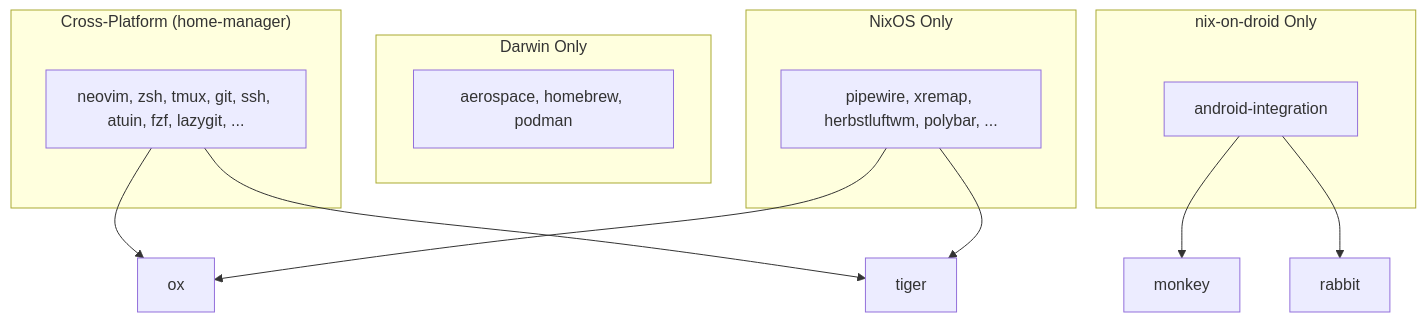
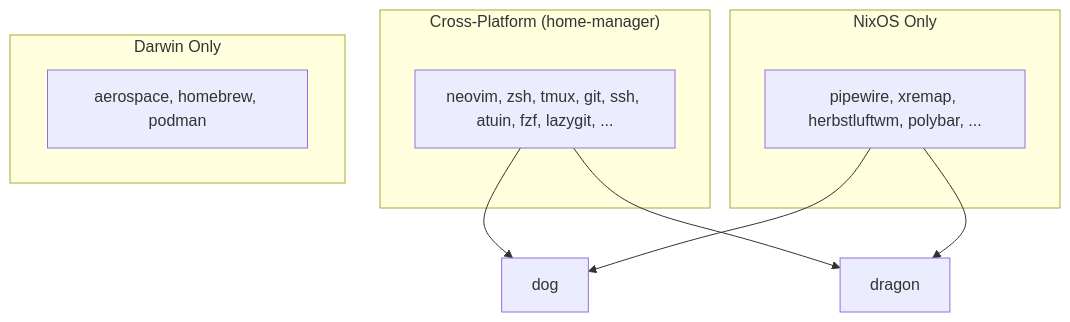
One commit to idjoo/dotfiles changed the tenth of 14 diagrams in docs/ARCHITECTURE.md. Above: the diagram before and after it, drawn with Mermaid. The commit also changed other lines of this file and 3 other files, not shown here.

First line of the commit message:
docs: 📝 document dog and dragon as the only hosts

````diff
--- a/docs/ARCHITECTURE.md
+++ b/docs/ARCHITECTURE.md
@@ -403,27 +380,20 @@
 ```mermaid
 graph TB
     subgraph "Cross-Platform (home-manager)"
         CP[neovim, zsh, tmux, git, ssh, atuin, fzf, lazygit, ...]
     end
 
     subgraph "NixOS Only"
         NO[pipewire, xremap, herbstluftwm, polybar, ...]
     end
 
     subgraph "Darwin Only"
         DO[aerospace, homebrew, podman]
     end
 
-    subgraph "nix-on-droid Only"
-        NDO[android-integration]
-    end
+    CP --> DOG[dog]
+    CP --> DRAGON[dragon]
 
-    CP --> OX[ox]
-    CP --> TIGER[tiger]
-
-    NO --> OX
-    NO --> TIGER
-
-    NDO --> MONKEY[monkey]
-    NDO --> RABBIT[rabbit]
+    NO --> DOG
+    NO --> DRAGON
 ```
````
